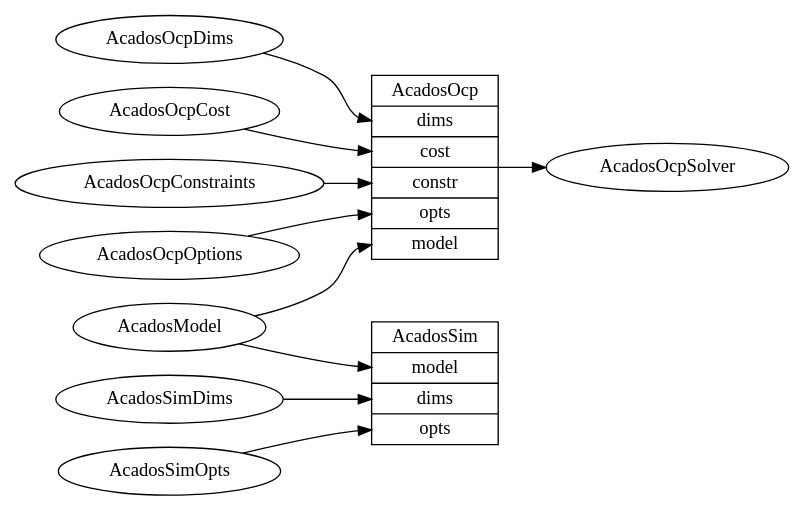
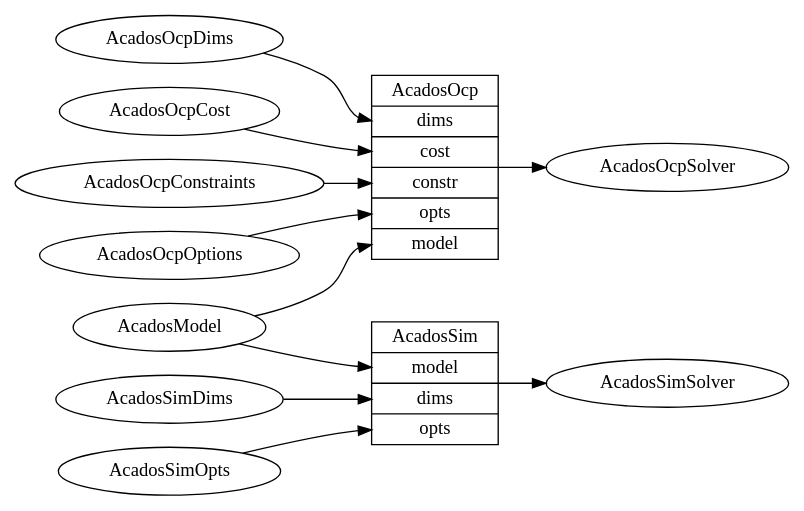
The diagram in docs/python_api/py_acados_classes.dot (acados/acados), drawn with Graphviz before and after one commit.

Commit message:
docs: Python class overview, fix links, add AcadosSimSolver

```diff
--- a/docs/python_api/py_acados_classes.dot
+++ b/docs/python_api/py_acados_classes.dot
@@ -1,47 +1,51 @@
 // This file is used to draw the dependency graph of acados classes in the Python API documentation
 
 // the graph
 digraph ocp {
         // some graph-specific definitions
         graph [
                rankdir = "LR"
                ];
 
         // define solver nodes
-        solver  [label="AcadosOcpSolver"
-                 href="https://docs.acados.org/python_api/index.html#acados_template.acados_ocp_solver.AcadosOcpSolver"];
+        solver [label="AcadosOcpSolver"
+                 href="https://docs.acados.org/python_api/index.html#acados_template.acados_ocp_solver.AcadosOcpSolver", target="_top"];
         ocp [label="<class> AcadosOcp | <dims> dims | <cost> cost | <constr> constr | <opts> opts | <model> model"
              shape = "record"
-             href="https://docs.acados.org/python_api/index.html#acados_template.acados_ocp.AcadosOcp"];
+             href="https://docs.acados.org/python_api/index.html#acados_template.acados_ocp.AcadosOcp", target="_top"];
         model [label="AcadosModel"
-               href="https://docs.acados.org/python_api/index.html#acados_template.acados_model.AcadosModel"];
+               href="https://docs.acados.org/python_api/index.html#acados_template.acados_model.AcadosModel", target="_top"];
         ocpdims [label="AcadosOcpDims"
-                 href="https://docs.acados.org/python_api/index.html#acados_template.acados_ocp.AcadosOcpDims"];
+                 href="https://docs.acados.org/python_api/index.html#acados_template.acados_ocp.AcadosOcpDims", target="_top"];
         ocpcost [label="AcadosOcpCost"
-                 href="https://docs.acados.org/python_api/index.html#acados_template.acados_ocp.AcadosOcpCost"];
+                 href="https://docs.acados.org/python_api/index.html#acados_template.acados_ocp.AcadosOcpCost", target="_top"];
         ocpconstr [label="AcadosOcpConstraints"
-                   href="https://docs.acados.org/python_api/index.html#acados_template.acados_ocp.AcadosOcpConstraints"];
+                   href="https://docs.acados.org/python_api/index.html#acados_template.acados_ocp.AcadosOcpConstraints", target="_top"];
         ocpopts [label="AcadosOcpOptions"
-                 href="https://docs.acados.org/python_api/index.html#acados_template.acados_ocp.AcadosOcpOptions"];
+                 href="https://docs.acados.org/python_api/index.html#acados_template.acados_ocp.AcadosOcpOptions", target="_top"];
         // solver graph
         ocp -> solver
         model -> ocp:model;
         ocpdims -> ocp:dims;
         ocpcost -> ocp:cost;
         ocpconstr -> ocp:constr;
         ocpopts -> ocp:opts;
 
         // define sim nodes
         sim [label="<class> AcadosSim | <model> model| <dims> dims | <opts> opts"
              shape = "record"
-             href="https://docs.acados.org/python_api/index.html#acados_template.acados_sim.AcadosSim"];
+             href="https://docs.acados.org/python_api/index.html#acados_template.acados_sim.AcadosSim", target="_top"];
         simdims [label="AcadosSimDims"
-                 href="https://docs.acados.org/python_api/index.html#acados_template.acados_sim.AcadosSimDims"];
+                 href="https://docs.acados.org/python_api/index.html#acados_template.acados_sim.AcadosSimDims", target="_top"];
         simopts [label="AcadosSimOpts"
-                 href="https://docs.acados.org/python_api/index.html#acados_template.acados_sim.AcadosSimOpts"];
+                 href="https://docs.acados.org/python_api/index.html#acados_template.acados_sim.AcadosSimOpts", target="_top"];
+        simsolver [label="AcadosSimSolver"
+                 href="https://docs.acados.org/python_api/index.html#acados_template.acados_sim_solver.AcadosSimSolver", target="_top"];
+
 
         // sim graph
         model -> sim:model;
-        simdims  -> sim:dims;
-        simopts  -> sim:opts;
+        simdims -> sim:dims;
+        simopts -> sim:opts;
+        sim -> simsolver;
 }
```
